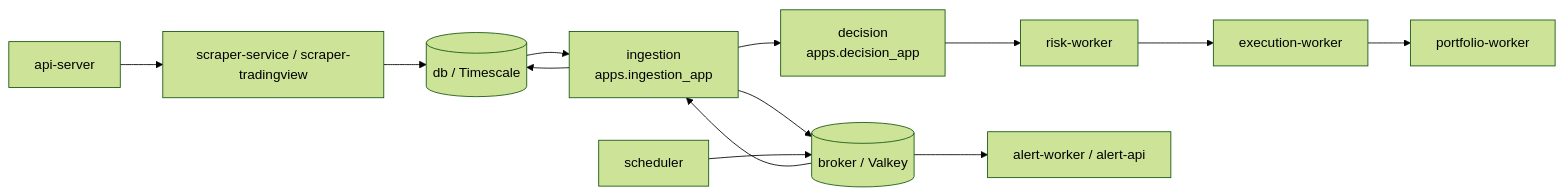
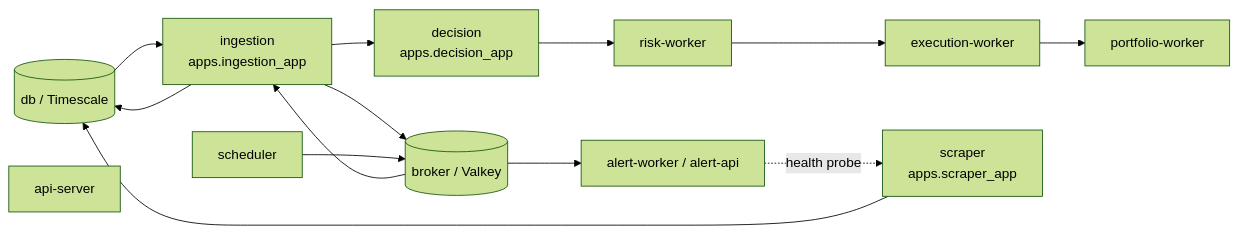
The diagram in docs/docker_topology.md (transparentCode/flipperAgent), drawn with Mermaid (forest theme) before and after one commit. The commit also changed other lines of this file and 142 other files, not shown here.

````diff
--- a/docs/docker_topology.md
+++ b/docs/docker_topology.md
@@ -7,24 +7,24 @@
 ```mermaid
 flowchart LR
     DB[(db / Timescale)]
     VK[(broker / Valkey)]
     I[ingestion\napps.ingestion_app]
     D[decision\napps.decision_app]
     R[risk-worker]
     E[execution-worker]
     P[portfolio-worker]
     A[alert-worker / alert-api]
-    SC[scraper-service / scraper-tradingview]
+    SC[scraper\napps.scraper_app]
     API[api-server]
     SCH[scheduler]
 
     DB --> I
     VK --> I
     I --> DB
     I --> VK
     I --> D --> R --> E --> P
     VK --> A
     SC --> DB
-    API --> SC
+    A -. health probe .-> SC
     SCH --> VK
 ```
````
